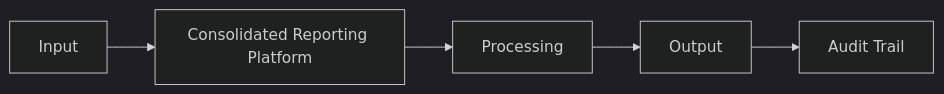
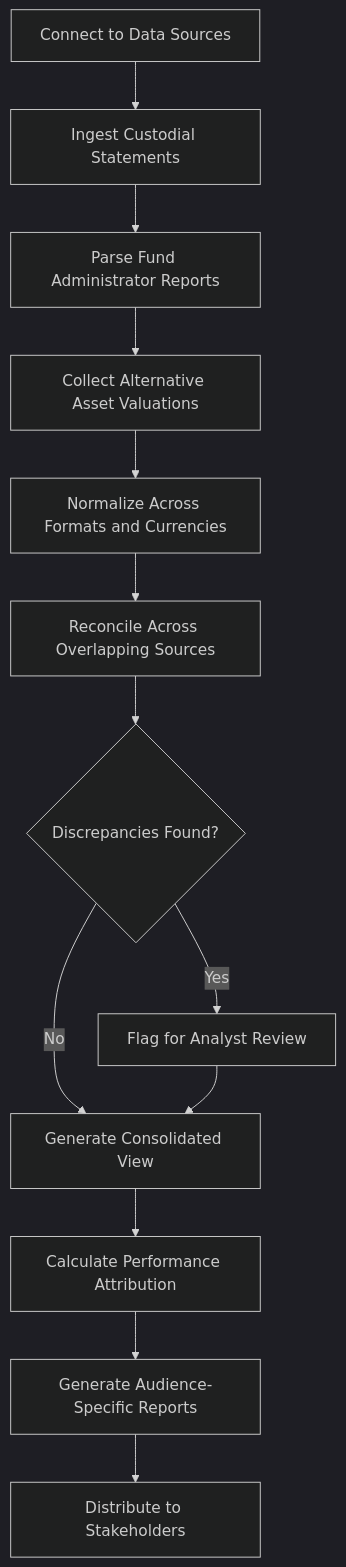
One commit to andrew-leo-2024/marketplace-docs changed the diagram in docs/audiences/06-family-offices/consolidated-reporting-platform.mdx. Above: the diagram before and after it, drawn with Mermaid (dark theme). The commit also changed other lines of this file and 401 other files, not shown here.

````diff
--- a/docs/audiences/06-family-offices/consolidated-reporting-platform.mdx
+++ b/docs/audiences/06-family-offices/consolidated-reporting-platform.mdx
@@ -29,7 +35,15 @@
 ```mermaid
-graph LR
-    A[Input] --> B[Consolidated Reporting Platform]
-    B --> C[Processing]
-    C --> D[Output]
-    D --> E[Audit Trail]
+graph TD
+    A[Connect to Data Sources] --> B[Ingest Custodial Statements]
+    B --> C[Parse Fund Administrator Reports]
+    C --> D[Collect Alternative Asset Valuations]
+    D --> E[Normalize Across Formats and Currencies]
+    E --> F[Reconcile Across Overlapping Sources]
+    F --> G{Discrepancies Found?}
+    G -->|Yes| H[Flag for Analyst Review]
+    G -->|No| I[Generate Consolidated View]
+    H --> I
+    I --> J[Calculate Performance Attribution]
+    J --> K[Generate Audience-Specific Reports]
+    K --> L[Distribute to Stakeholders]
 ```
````
